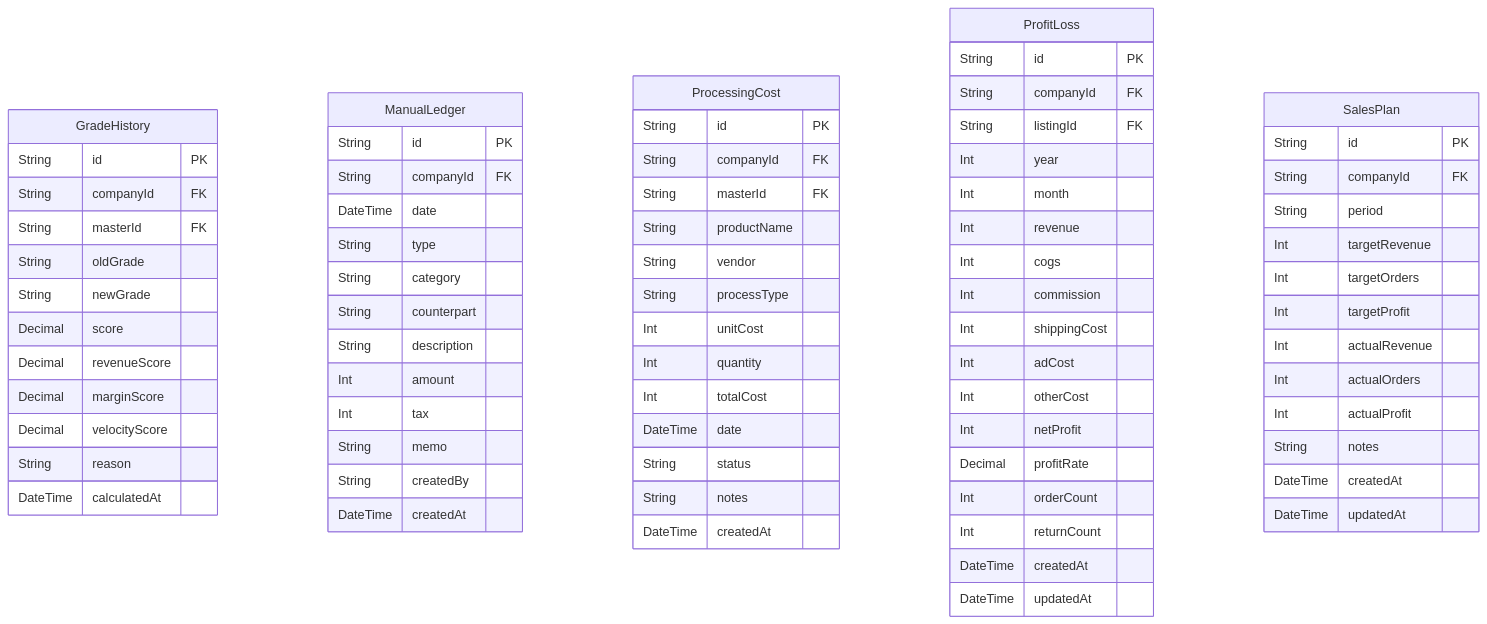
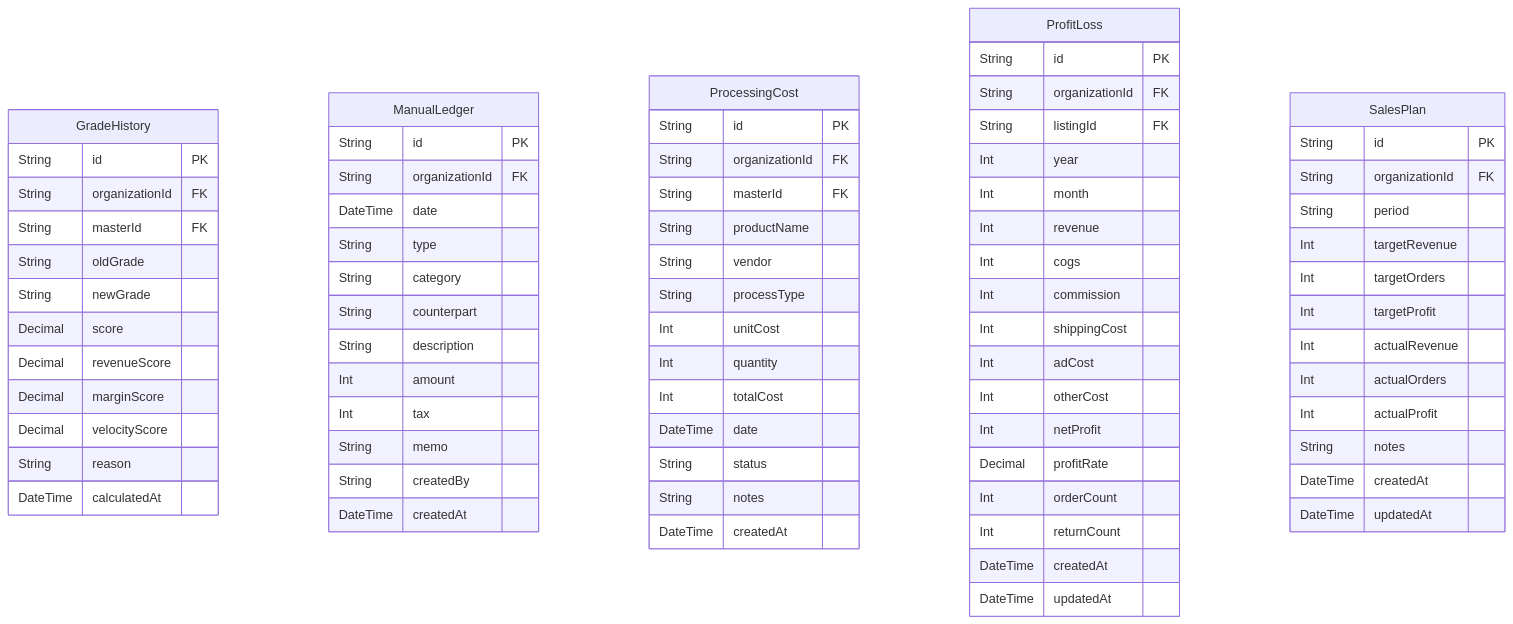
One commit to AgentFoundry-Labs/kiditem changed the diagram in docs/erd/finance.md. Above: the diagram before and after it, drawn with Mermaid. The commit also changed other lines of this file and 531 other files, not shown here.

````diff
--- a/docs/erd/finance.md
+++ b/docs/erd/finance.md
@@ -20,78 +20,78 @@
 ```mermaid
 erDiagram
   GradeHistory {
     String id PK
-    String companyId FK
+    String organizationId FK
     String masterId FK
     String oldGrade
     String newGrade
     Decimal score
     Decimal revenueScore
     Decimal marginScore
     Decimal velocityScore
     String reason
     DateTime calculatedAt
   }
   ManualLedger {
     String id PK
-    String companyId FK
+    String organizationId FK
     DateTime date
     String type
     String category
     String counterpart
     String description
     Int amount
     Int tax
     String memo
     String createdBy
     DateTime createdAt
   }
   ProcessingCost {
     String id PK
-    String companyId FK
+    String organizationId FK
     String masterId FK
     String productName
     String vendor
     String processType
     Int unitCost
     Int quantity
     Int totalCost
     DateTime date
     String status
     String notes
     DateTime createdAt
   }
   ProfitLoss {
     String id PK
-    String companyId FK
+    String organizationId FK
     String listingId FK
     Int year
     Int month
     Int revenue
     Int cogs
     Int commission
     Int shippingCost
     Int adCost
     Int otherCost
     Int netProfit
     Decimal profitRate
     Int orderCount
     Int returnCount
     DateTime createdAt
     DateTime updatedAt
   }
   SalesPlan {
     String id PK
-    String companyId FK
+    String organizationId FK
     String period
     Int targetRevenue
     Int targetOrders
     Int targetProfit
     Int actualRevenue
     Int actualOrders
     Int actualProfit
     String notes
     DateTime createdAt
     DateTime updatedAt
   }
 ```
````
